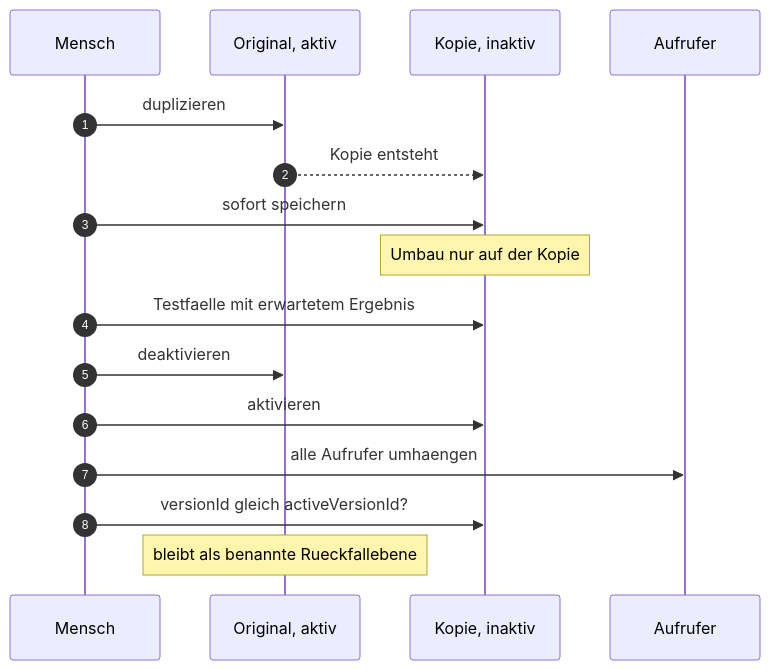
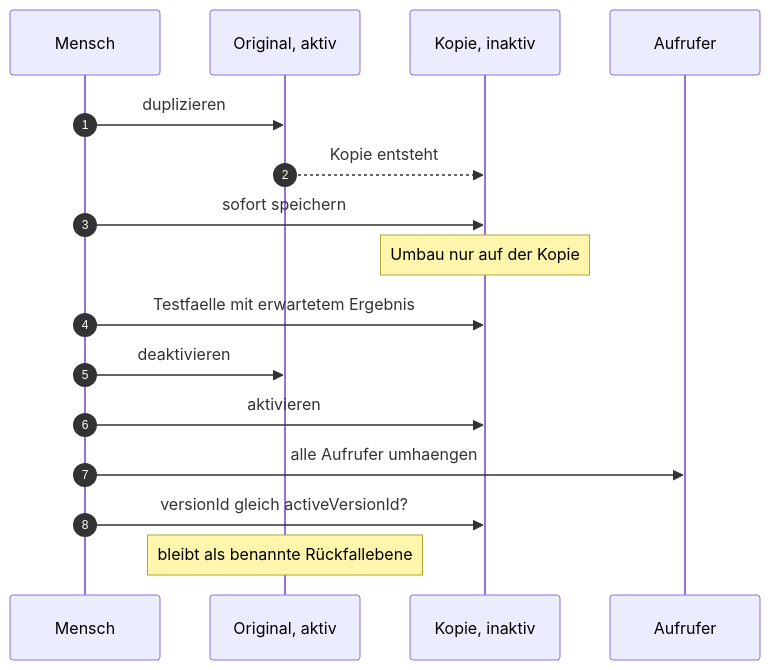
One commit to Oktay-94/n8n-job-automation changed the fourth of 4 diagrams in README.md. Above: the diagram before and after it, drawn with Mermaid. The commit also changed other lines of this file, not shown here.

Commit message:
README: Umlaute im Fliesstext und in den Diagrammen

````diff
--- a/README.md
+++ b/README.md
@@ -140,19 +140,19 @@
 ```mermaid
 sequenceDiagram
     autonumber
     participant M as Mensch
     participant O as Original, aktiv
     participant K as Kopie, inaktiv
     participant A as Aufrufer
 
     M->>O: duplizieren
     O-->>K: Kopie entsteht
     M->>K: sofort speichern
     Note over K: Umbau nur auf der Kopie
     M->>K: Testfaelle mit erwartetem Ergebnis
     M->>O: deaktivieren
     M->>K: aktivieren
     M->>A: alle Aufrufer umhaengen
     M->>K: versionId gleich activeVersionId?
-    Note over O: bleibt als benannte Rueckfallebene
+    Note over O: bleibt als benannte Rückfallebene
 ```
````
